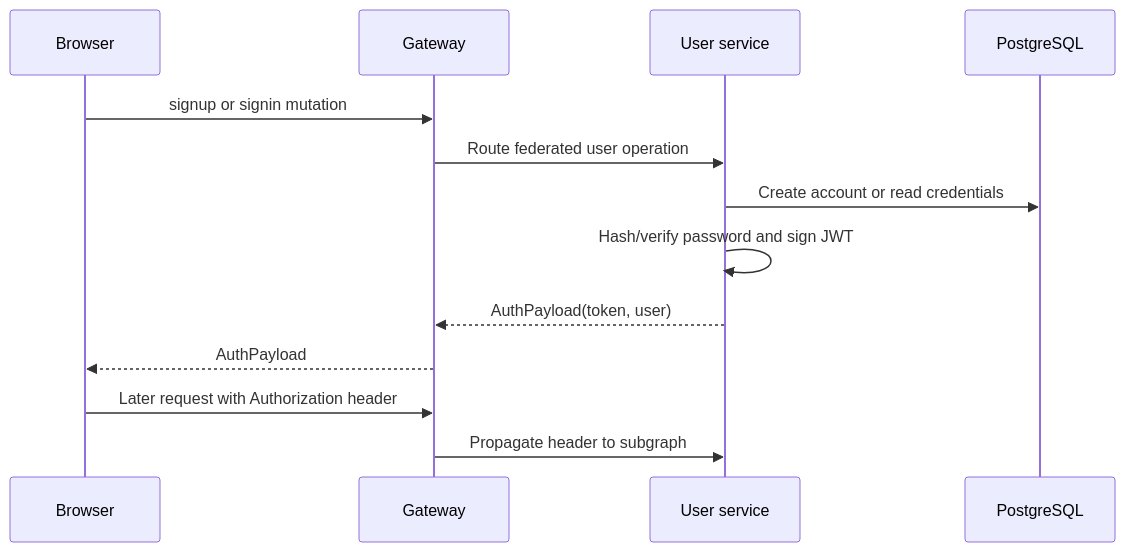
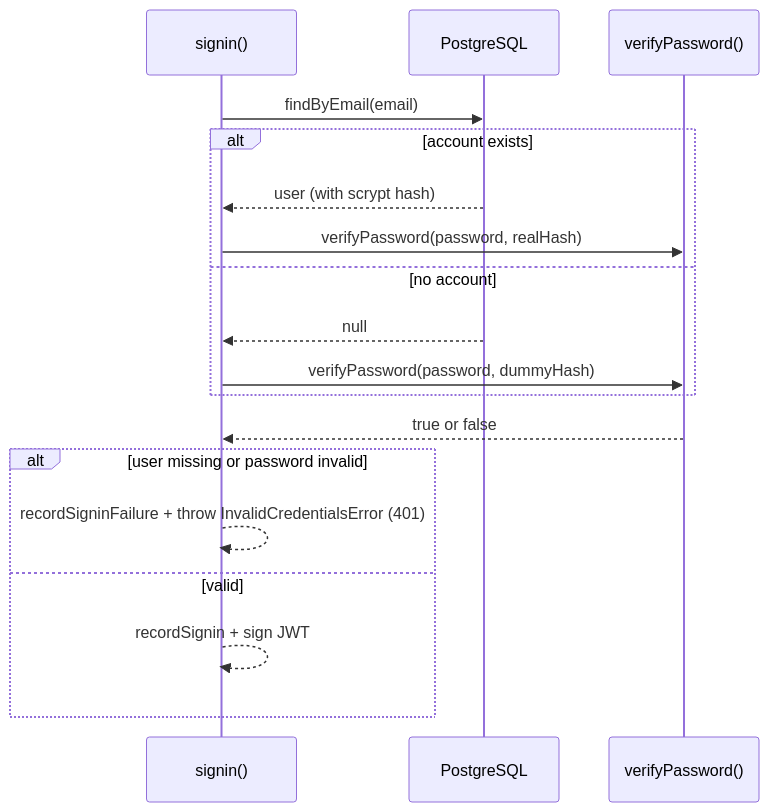
Before and after one commit to kunalPisolkar24/topos: the second of 3 diagrams in services/user/docs/concepts/authentication-flow.md, drawn with Mermaid. The commit also changed other lines of this file and 13 other files, not shown here.

Commit message:
Rewrite user service docs for beginners

````diff
--- a/services/user/docs/concepts/authentication-flow.md
+++ b/services/user/docs/concepts/authentication-flow.md
@@ -3,16 +98,21 @@
 ```mermaid
 sequenceDiagram
-    participant B as Browser
-    participant G as Gateway
-    participant U as User service
+    participant S as signin()
     participant P as PostgreSQL
+    participant H as verifyPassword()
 
-    B->>G: signup or signin mutation
-    G->>U: Route federated user operation
-    U->>P: Create account or read credentials
-    U->>U: Hash/verify password and sign JWT
-    U-->>G: AuthPayload(token, user)
-    G-->>B: AuthPayload
-    B->>G: Later request with Authorization header
-    G->>U: Propagate header to subgraph
+    S->>P: findByEmail(email)
+    alt account exists
+        P-->>S: user (with scrypt hash)
+        S->>H: verifyPassword(password, realHash)
+    else no account
+        P-->>S: null
+        S->>H: verifyPassword(password, dummyHash)
+    end
+    H-->>S: true or false
+    alt user missing or password invalid
+        S-->>S: recordSigninFailure + throw InvalidCredentialsError (401)
+    else valid
+        S-->>S: recordSignin + sign JWT
+    end
 ```
````
